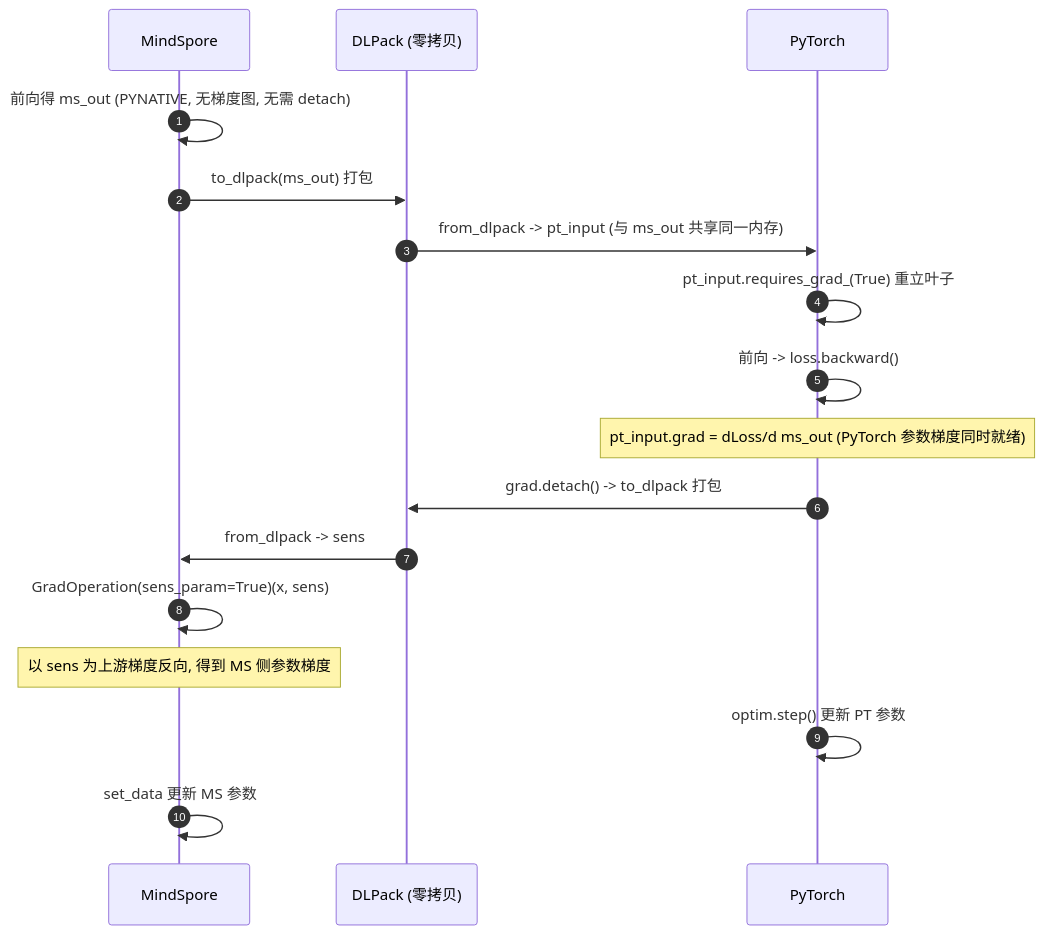
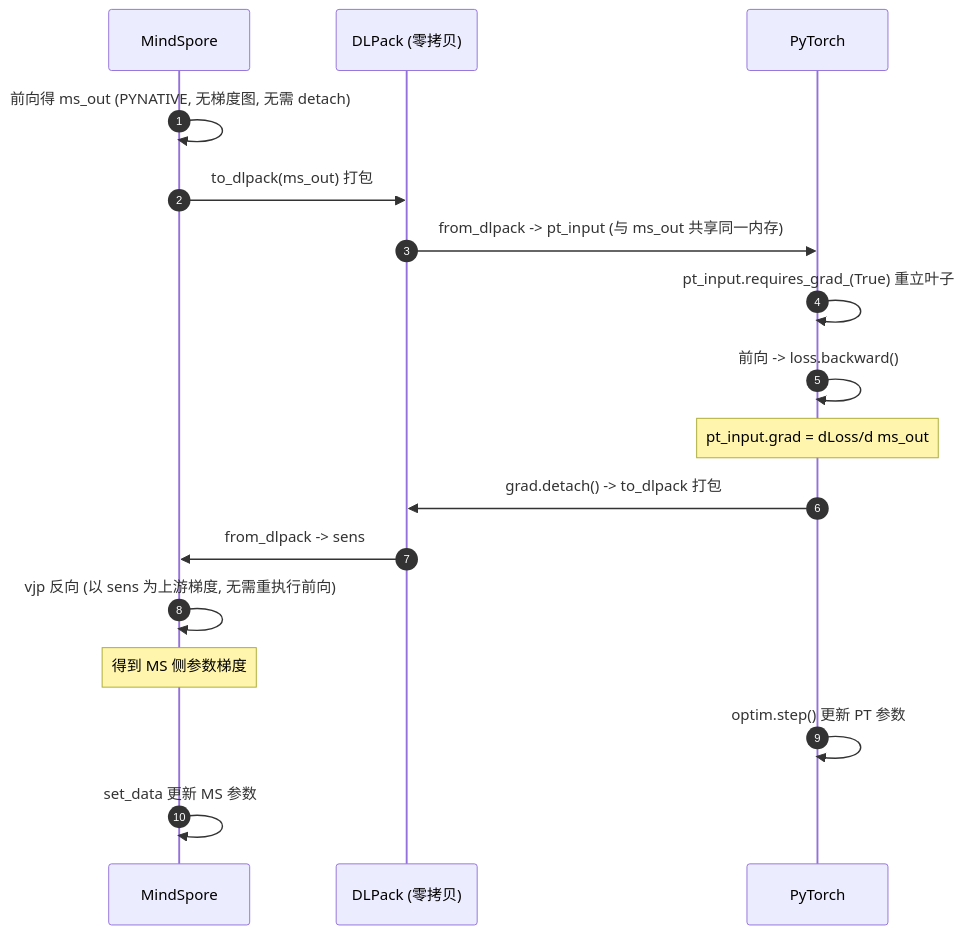
One commit to SCUT-Mida/idea-verify changed the second of 2 diagrams in dlpack-verify/docs/验证报告.md. Above: the diagram before and after it, drawn with Mermaid. The commit also changed other lines of this file and 24 other files, not shown here.

````diff
--- a/dlpack-verify/docs/验证报告.md
+++ b/dlpack-verify/docs/验证报告.md
@@ -239,20 +195,20 @@
 ```mermaid
 sequenceDiagram
     autonumber
     participant MS as MindSpore
     participant DL as DLPack (零拷贝)
     participant PT as PyTorch
 
     MS->>MS: 前向得 ms_out (PYNATIVE, 无梯度图, 无需 detach)
     MS->>DL: to_dlpack(ms_out) 打包
     DL->>PT: from_dlpack -> pt_input (与 ms_out 共享同一内存)
     PT->>PT: pt_input.requires_grad_(True) 重立叶子
     PT->>PT: 前向 -> loss.backward()
-    Note over PT: pt_input.grad = dLoss/d ms_out (PyTorch 参数梯度同时就绪)
+    Note over PT: pt_input.grad = dLoss/d ms_out
     PT->>DL: grad.detach() -> to_dlpack 打包
     DL->>MS: from_dlpack -> sens
-    MS->>MS: GradOperation(sens_param=True)(x, sens)
-    Note over MS: 以 sens 为上游梯度反向, 得到 MS 侧参数梯度
+    MS->>MS: vjp 反向 (以 sens 为上游梯度, 无需重执行前向)
+    Note over MS: 得到 MS 侧参数梯度
     PT->>PT: optim.step() 更新 PT 参数
     MS->>MS: set_data 更新 MS 参数
 ```
````
